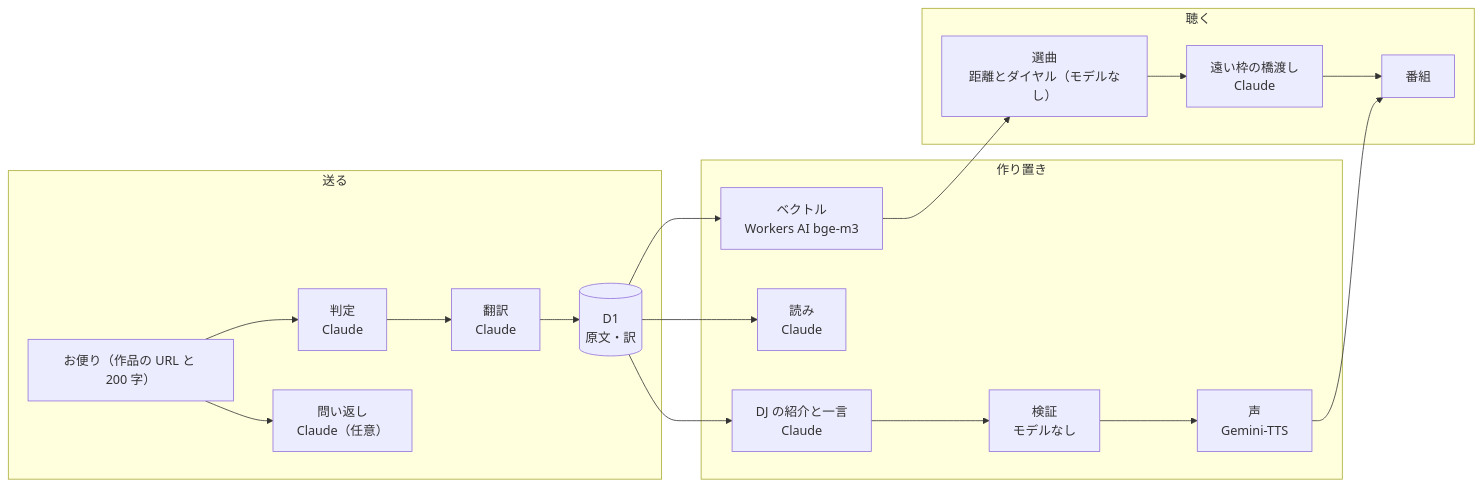
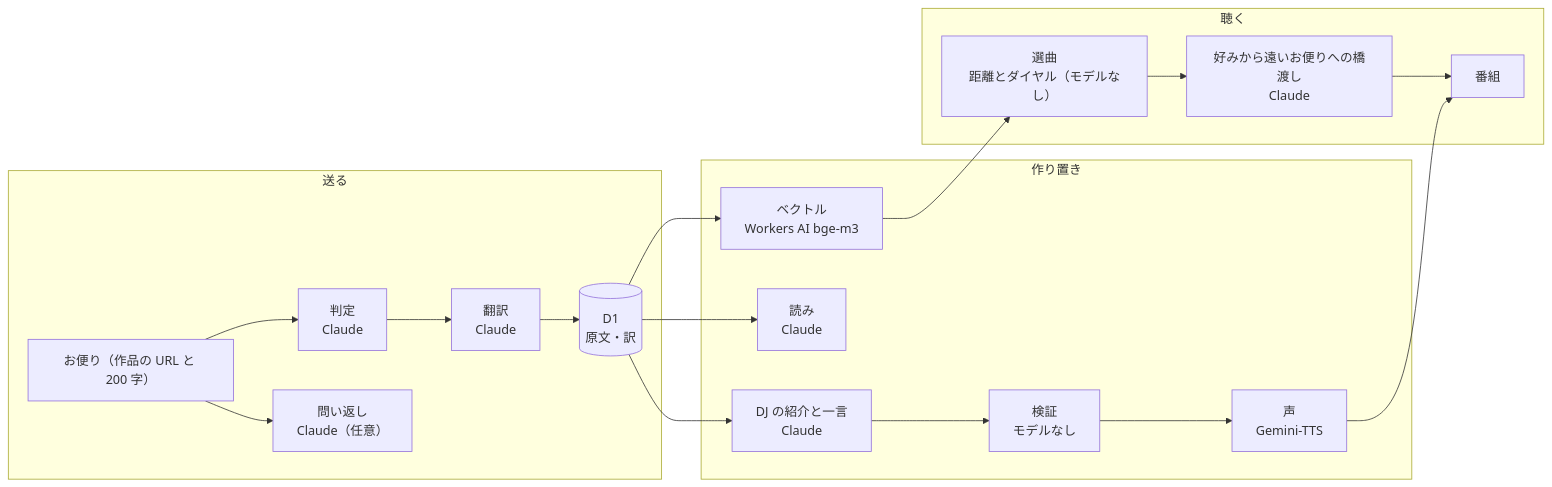
The diagram in docs/ai.md (hiromitsusasaki/dococa-fm), drawn with Mermaid before and after one commit. The commit also changed other lines of this file, not shown here.

Commit message:
docs: plainer name for the far bridge in docs/ai.md
「遠い枠の橋渡し」→「好みから遠いお便りへの橋渡し」（本人の動画フィードバックの言い回しに合わせる）

````diff
--- a/docs/ai.md
+++ b/docs/ai.md
@@ -7,22 +7,22 @@
 ```mermaid
 flowchart LR
     subgraph send["送る"]
         L["お便り（作品の URL と 200 字）"] --> J["判定<br/>Claude"]
         L --> AB["問い返し<br/>Claude（任意）"]
         J --> TR["翻訳<br/>Claude"]
         TR --> DB[("D1<br/>原文・訳")]
     end
     subgraph prep["作り置き"]
         DB --> V["ベクトル<br/>Workers AI bge-m3"]
         DB --> RD["読み<br/>Claude"]
         DB --> U["DJ の紹介と一言<br/>Claude"]
         U --> VF["検証<br/>モデルなし"]
         VF --> TTS["声<br/>Gemini-TTS"]
     end
     subgraph air["聴く"]
         V --> SEL["選曲<br/>距離とダイヤル（モデルなし）"]
-        SEL --> BR["遠い枠の橋渡し<br/>Claude"]
+        SEL --> BR["好みから遠いお便りへの橋渡し<br/>Claude"]
         BR --> EP["番組"]
         TTS --> EP
     end
 ```
````
